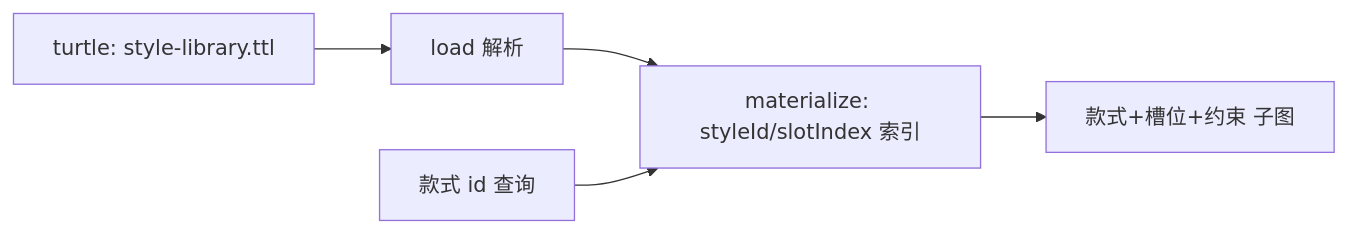
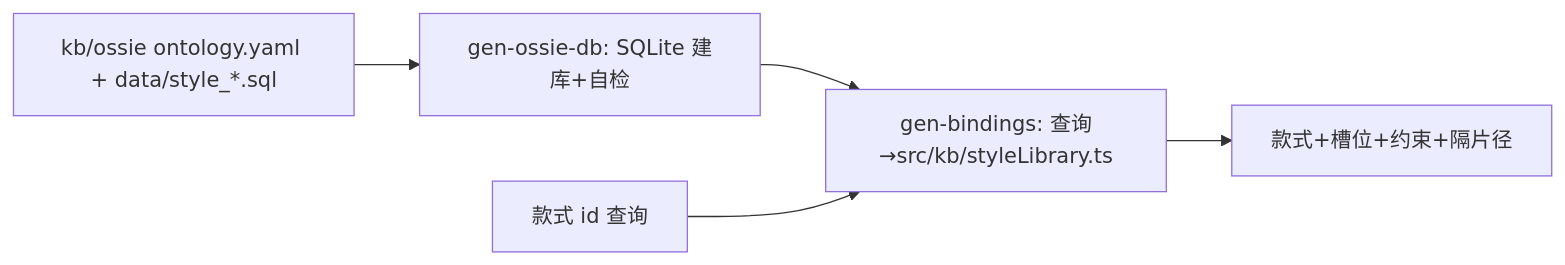
The first of 4 diagrams in atoms/bazidiy.kb.style_library.atom.md (ZiFan1117/bazidiy), drawn with Mermaid before and after one commit. The commit also changed other lines of this file and 14 other files, not shown here.

First line of the commit message:
feat(kb/ossie): style-library 全量 Apache Ossie 化 (#6)

````diff
--- a/atoms/bazidiy.kb.style_library.atom.md
+++ b/atoms/bazidiy.kb.style_library.atom.md
@@ -28,7 +28,7 @@
 ```mermaid
 flowchart LR
-S[turtle: style-library.ttl] --> L[load 解析]
-L --> M[materialize: styleId/slotIndex 索引]
-Q[款式 id 查询] --> M
-M --> O[款式+槽位+约束 子图]
+S[kb/ossie ontology.yaml + data/style_*.sql] --> L[gen-ossie-db: SQLite 建库+自检]
+L --> B[gen-bindings: 查询→src/kb/styleLibrary.ts]
+Q[款式 id 查询] --> B
+B --> O[款式+槽位+约束+隔片径]
 ```
````
